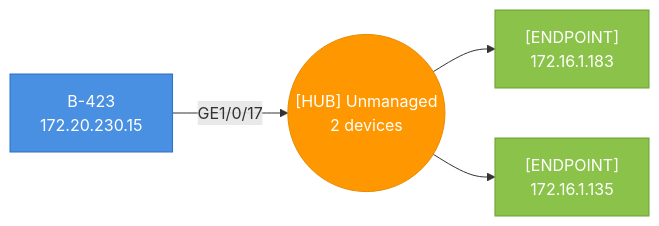
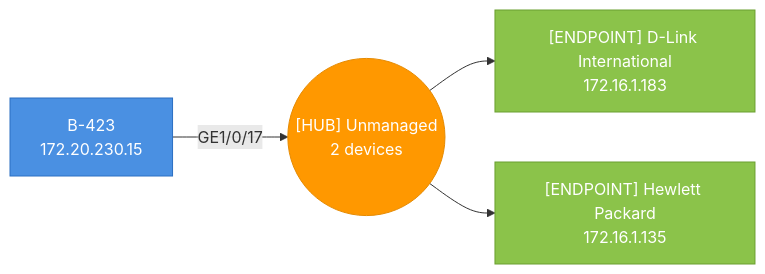
One commit to djamic/LLDP-Skanner-Go changed the seventh of 51 diagrams in testdata/golden/report_esxi_sections.md. Above: the diagram before and after it, drawn with Mermaid. The commit also changed other lines of this file and 16 other files, not shown here.

````diff
--- a/testdata/golden/report_esxi_sections.md
+++ b/testdata/golden/report_esxi_sections.md
@@ -156,14 +171,14 @@
 ```mermaid
 graph LR
   hub_4caea3a2032c_p17(("[HUB] Unmanaged<br>2 devices"))
   4caea3a2032c["B-423<br>172.20.230.15"]
   4caea3a2032c-- "GE1/0/17" -->hub_4caea3a2032c_p17
   style 4caea3a2032c fill:#4A90E2,stroke:#2A6FC2,color:#fff
-  6c198fcfc8c3["[ENDPOINT]<br>172.16.1.183"]
+  6c198fcfc8c3["[ENDPOINT] D-Link International<br>172.16.1.183"]
   hub_4caea3a2032c_p17-->6c198fcfc8c3
   style 6c198fcfc8c3 fill:#8BC34A,stroke:#6B9F30,color:#fff
-  c8d3ffbb2890["[ENDPOINT]<br>172.16.1.135"]
+  c8d3ffbb2890["[ENDPOINT] Hewlett Packard<br>172.16.1.135"]
   hub_4caea3a2032c_p17-->c8d3ffbb2890
   style c8d3ffbb2890 fill:#8BC34A,stroke:#6B9F30,color:#fff
   style hub_4caea3a2032c_p17 fill:#FF9800,stroke:#E68A00,color:#fff
 ```
````
